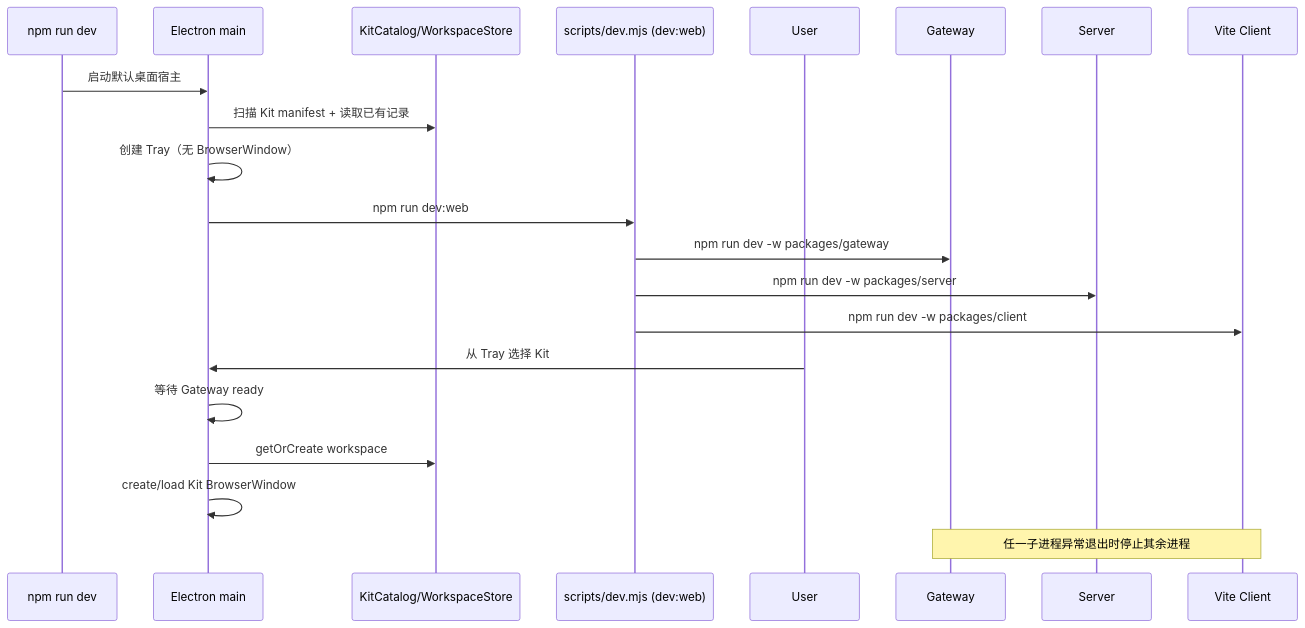
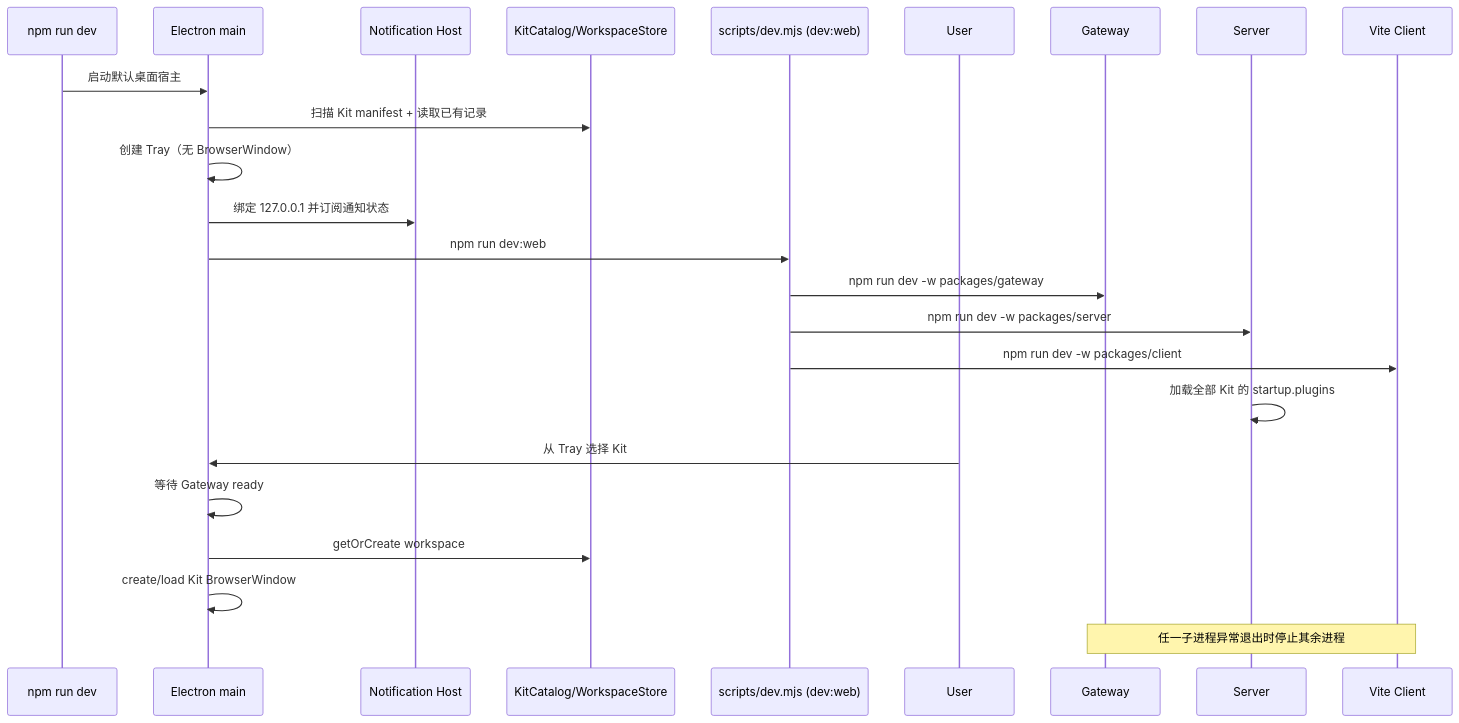
The first of 4 diagrams in docs/architecture/runtime-flows.md (itharbors/harbors), drawn with Mermaid before and after one commit. The commit also changed other lines of this file and 77 other files, not shown here.

````diff
--- a/docs/architecture/runtime-flows.md
+++ b/docs/architecture/runtime-flows.md
@@ -8,23 +8,26 @@
 ```mermaid
 sequenceDiagram
     participant CLI as npm run dev
     participant E as Electron main
+    participant N as Notification Host
     participant K as KitCatalog/WorkspaceStore
     participant Web as scripts/dev.mjs (dev:web)
     participant U as User
     participant G as Gateway
     participant S as Server
     participant C as Vite Client
     CLI->>E: 启动默认桌面宿主
     E->>K: 扫描 Kit manifest + 读取已有记录
     E->>E: 创建 Tray（无 BrowserWindow）
+    E->>N: 绑定 127.0.0.1 并订阅通知状态
     E->>Web: npm run dev:web
     Web->>G: npm run dev -w packages/gateway
     Web->>S: npm run dev -w packages/server
     Web->>C: npm run dev -w packages/client
+    S->>S: 加载全部 Kit 的 startup.plugins
     U->>E: 从 Tray 选择 Kit
     E->>E: 等待 Gateway ready
     E->>K: getOrCreate workspace
     E->>E: create/load Kit BrowserWindow
     Note over G,C: 任一子进程异常退出时停止其余进程
 ```
````
